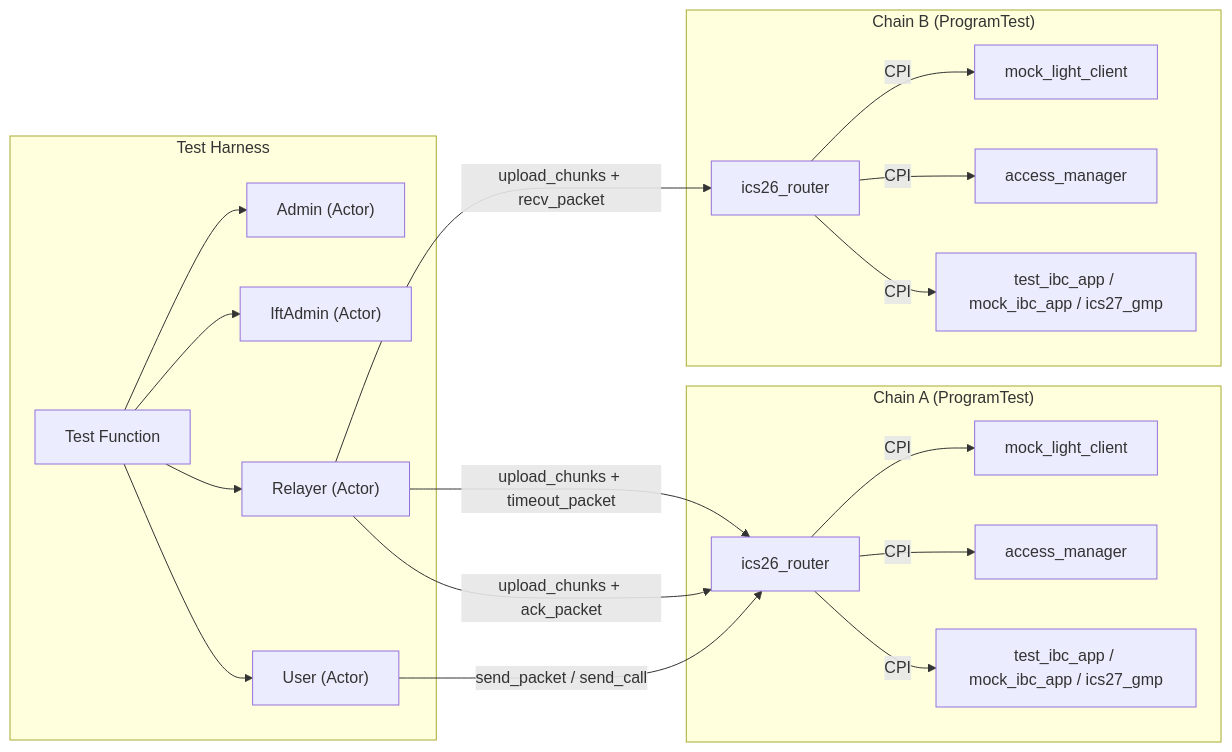
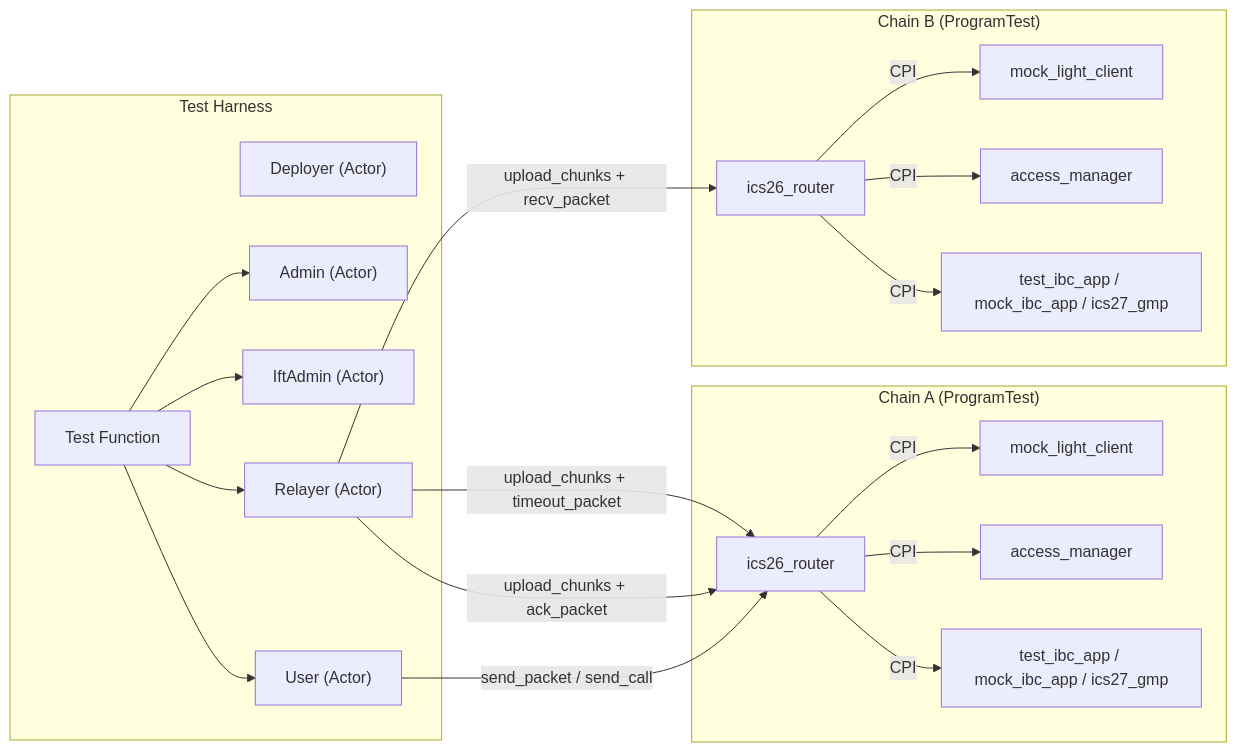
Before and after one commit to cosmos/solidity-ibc-eureka: the first of 8 diagrams in programs/solana/integration-tests/README.md, drawn with Mermaid. The commit also changed other lines of this file and 46 other files, not shown here.

````diff
--- a/programs/solana/integration-tests/README.md
+++ b/programs/solana/integration-tests/README.md
@@ -7,39 +7,40 @@
 ```mermaid
 graph LR
     subgraph "Test Harness"
         Test["Test Function"]
+        Deployer["Deployer (Actor)"]
         Admin["Admin (Actor)"]
         IftAdmin["IftAdmin (Actor)"]
         User["User (Actor)"]
         Relayer["Relayer (Actor)"]
     end
 
     subgraph "Chain A (ProgramTest)"
         RA["ics26_router"]
         MCA["mock_light_client"]
         AMA["access_manager"]
         AppA["test_ibc_app / mock_ibc_app / ics27_gmp"]
     end
 
     subgraph "Chain B (ProgramTest)"
         RB["ics26_router"]
         MCB["mock_light_client"]
         AMB["access_manager"]
         AppB["test_ibc_app / mock_ibc_app / ics27_gmp"]
     end
 
     Test --> Admin
     Test --> IftAdmin
     Test --> User
     Test --> Relayer
     User -->|send_packet / send_call| RA
     Relayer -->|upload_chunks + recv_packet| RB
     Relayer -->|upload_chunks + ack_packet| RA
     Relayer -->|upload_chunks + timeout_packet| RA
     RA -->|CPI| MCA
     RA -->|CPI| AMA
     RA -->|CPI| AppA
     RB -->|CPI| MCB
     RB -->|CPI| AMB
     RB -->|CPI| AppB
 ```
````
